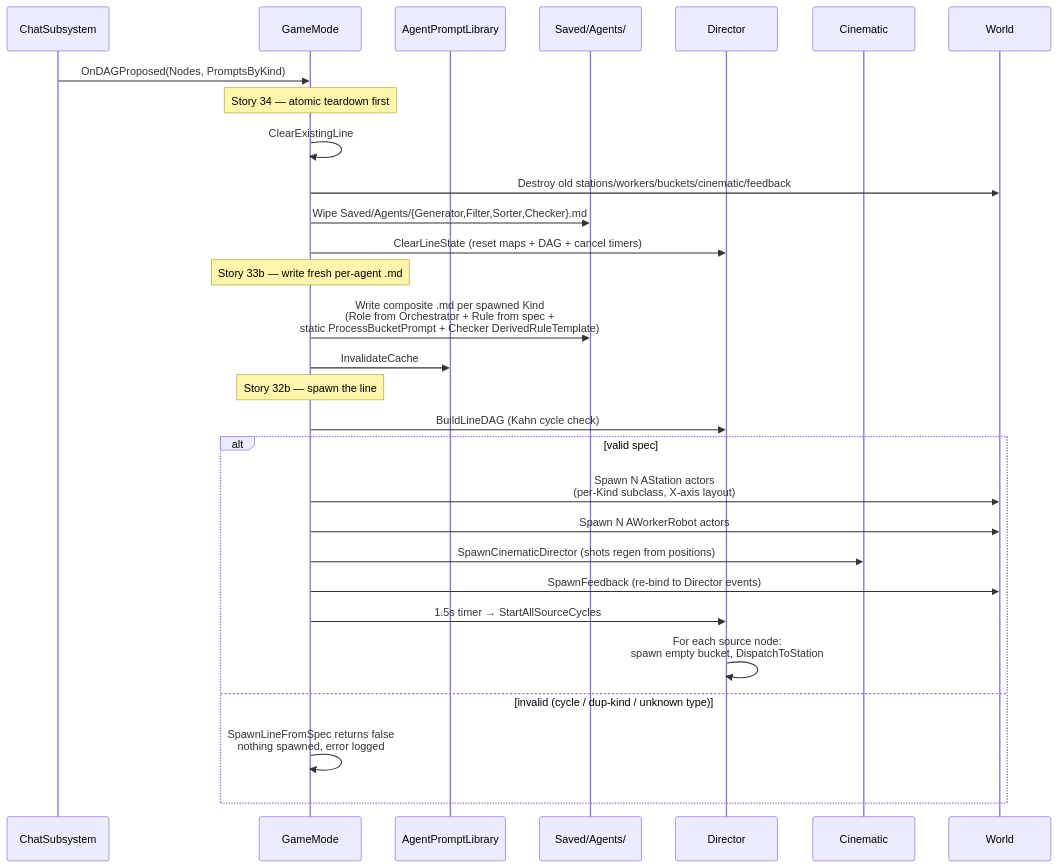
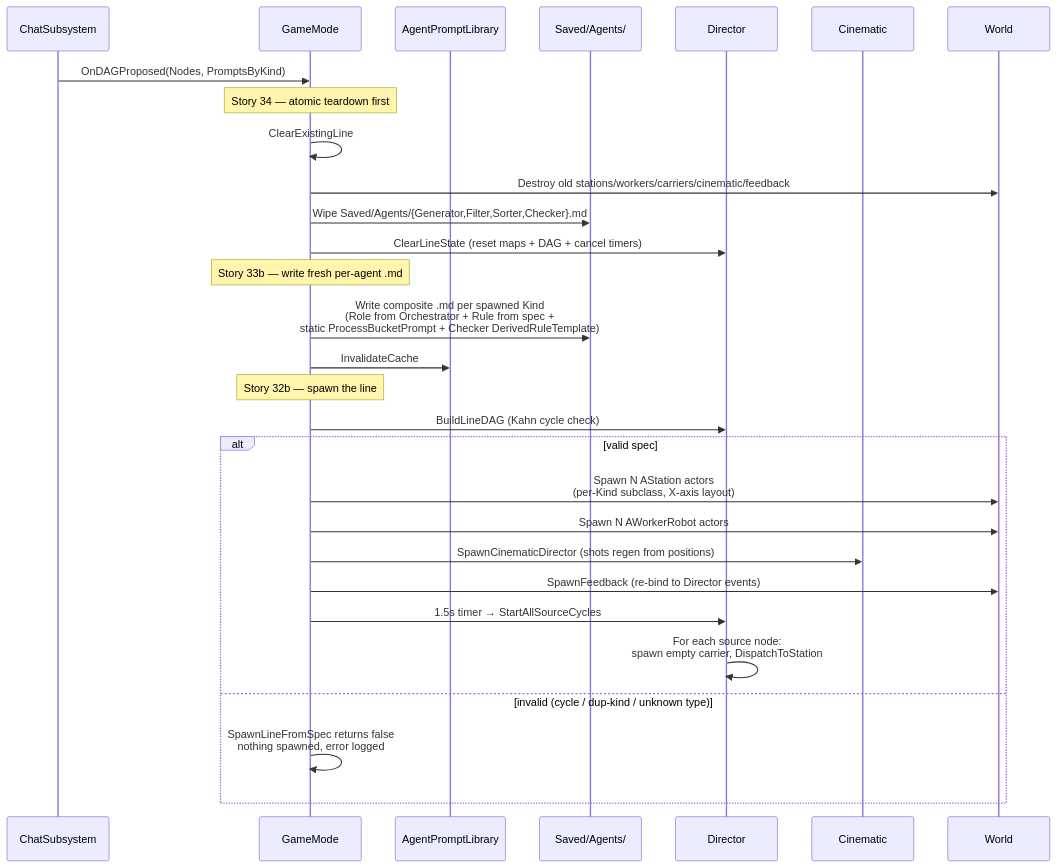
The third of 14 diagrams in README.md (eyupgurel/AssemblyLineSimul), drawn with Mermaid before and after one commit. The commit also changed other lines of this file and 2 other files, not shown here.

First line of the commit message:
Docs: replace colloquial 'bucket' with 'carrier' in prose throughout

````diff
--- a/README.md
+++ b/README.md
@@ -333,34 +333,34 @@
 ```mermaid
 sequenceDiagram
   participant Chat as ChatSubsystem
   participant GM as GameMode
   participant Lib as AgentPromptLibrary
   participant FS as Saved/Agents/
   participant Dir as Director
   participant Cin as Cinematic
   participant World as World
 
   Chat->>GM: OnDAGProposed(Nodes, PromptsByKind)
   Note over GM: Story 34 — atomic teardown first
   GM->>GM: ClearExistingLine
-  GM->>World: Destroy old stations/workers/buckets/cinematic/feedback
+  GM->>World: Destroy old stations/workers/carriers/cinematic/feedback
   GM->>FS: Wipe Saved/Agents/{Generator,Filter,Sorter,Checker}.md
   GM->>Dir: ClearLineState (reset maps + DAG + cancel timers)
 
   Note over GM: Story 33b — write fresh per-agent .md
   GM->>FS: Write composite .md per spawned Kind<br/>(Role from Orchestrator + Rule from spec +<br/>static ProcessBucketPrompt + Checker DerivedRuleTemplate)
   GM->>Lib: InvalidateCache
 
   Note over GM: Story 32b — spawn the line
   GM->>Dir: BuildLineDAG (Kahn cycle check)
   alt valid spec
     GM->>World: Spawn N AStation actors<br/>(per-Kind subclass, X-axis layout)
     GM->>World: Spawn N AWorkerRobot actors
     GM->>Cin: SpawnCinematicDirector (shots regen from positions)
     GM->>World: SpawnFeedback (re-bind to Director events)
     GM->>Dir: 1.5s timer → StartAllSourceCycles
-    Dir->>Dir: For each source node:<br/>spawn empty bucket, DispatchToStation
+    Dir->>Dir: For each source node:<br/>spawn empty carrier, DispatchToStation
   else invalid (cycle / dup-kind / unknown type)
     GM->>GM: SpawnLineFromSpec returns false<br/>nothing spawned, error logged
   end
 ```
````
